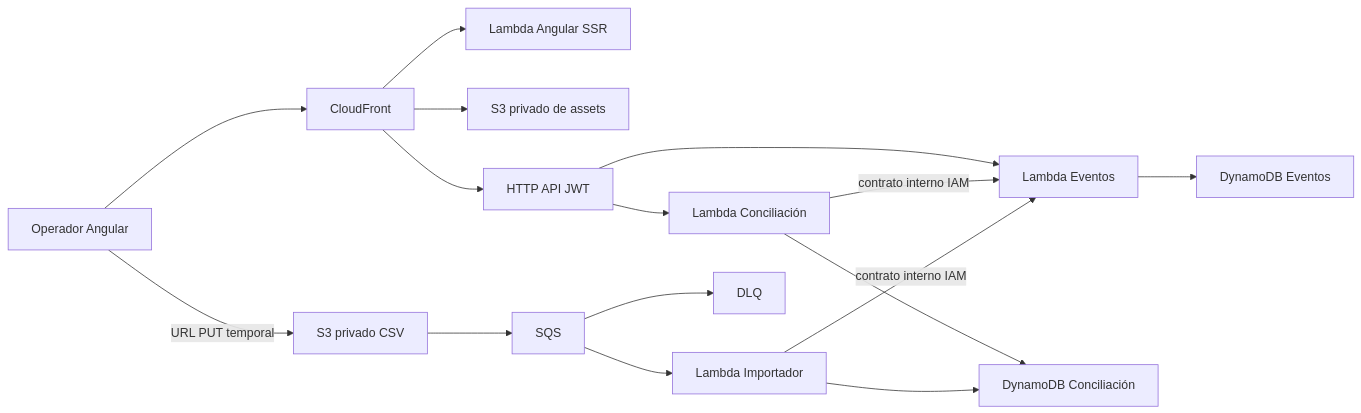
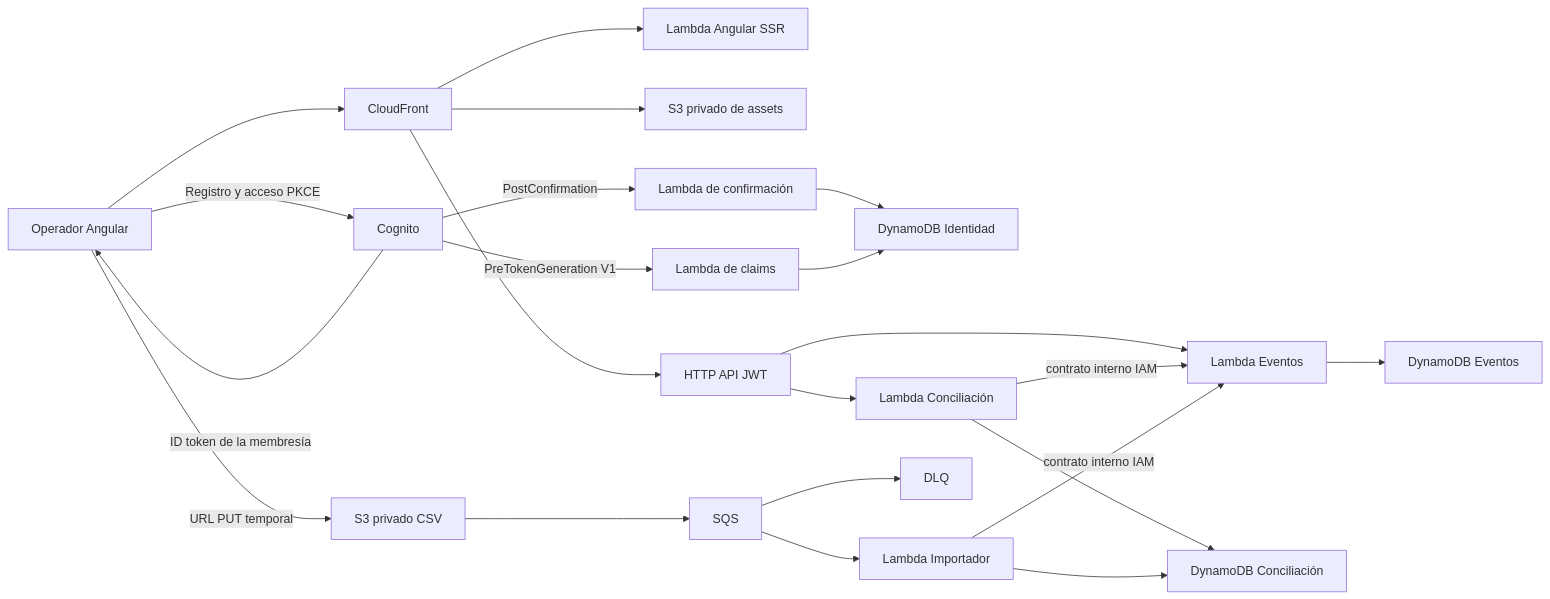
One commit to LynxPardelle/abonos-por-evento changed the diagram in docs/architecture/diagram.mmd. Above: the diagram before and after it, drawn with Mermaid. The commit also changed 49 other files, not shown here.

```diff
--- a/docs/architecture/diagram.mmd
+++ b/docs/architecture/diagram.mmd
@@ -1,16 +1,22 @@
 flowchart LR
   Staff[Operador Angular] --> CDN[CloudFront]
   CDN --> SSR[Lambda Angular SSR]
   CDN --> Assets[S3 privado de assets]
   CDN --> API[HTTP API JWT]
+  Staff -->|Registro y acceso PKCE| Cognito[Cognito]
+  Cognito -->|PostConfirmation| Confirm[Lambda de confirmación]
+  Cognito -->|PreTokenGeneration V1| Token[Lambda de claims]
+  Confirm --> IdentityDB[DynamoDB Identidad]
+  Token --> IdentityDB
+  Cognito -->|ID token de la membresía| Staff
   API --> Events[Lambda Eventos]
   API --> Reconciliation[Lambda Conciliación]
   Events --> EventDB[DynamoDB Eventos]
   Reconciliation --> LedgerDB[DynamoDB Conciliación]
   Reconciliation -->|contrato interno IAM| Events
   Staff -->|URL PUT temporal| Uploads[S3 privado CSV]
   Uploads --> Queue[SQS]
   Queue --> Worker[Lambda Importador]
   Queue --> DLQ[DLQ]
   Worker --> LedgerDB
   Worker -->|contrato interno IAM| Events
```
